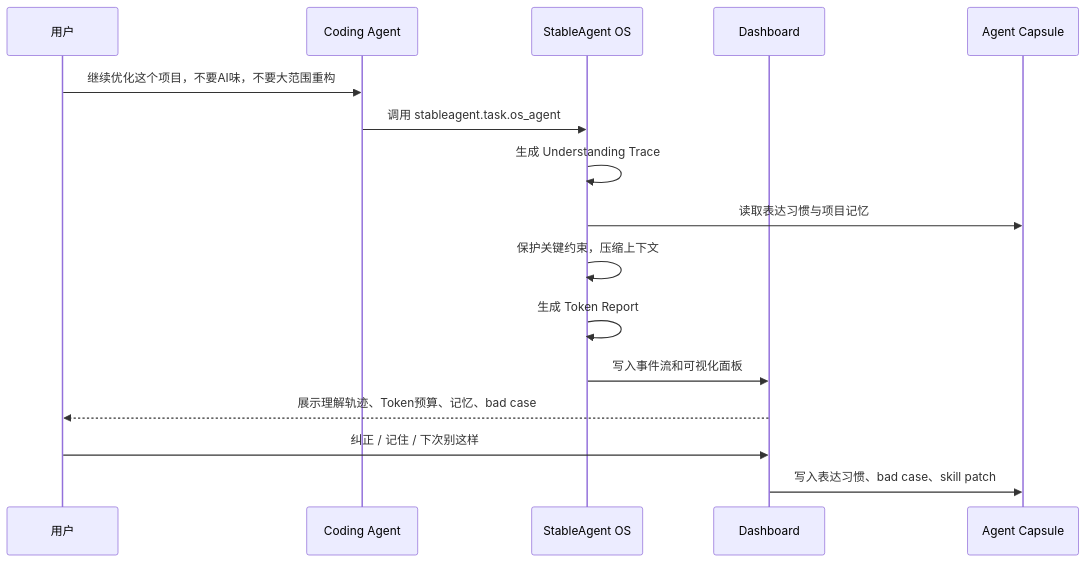
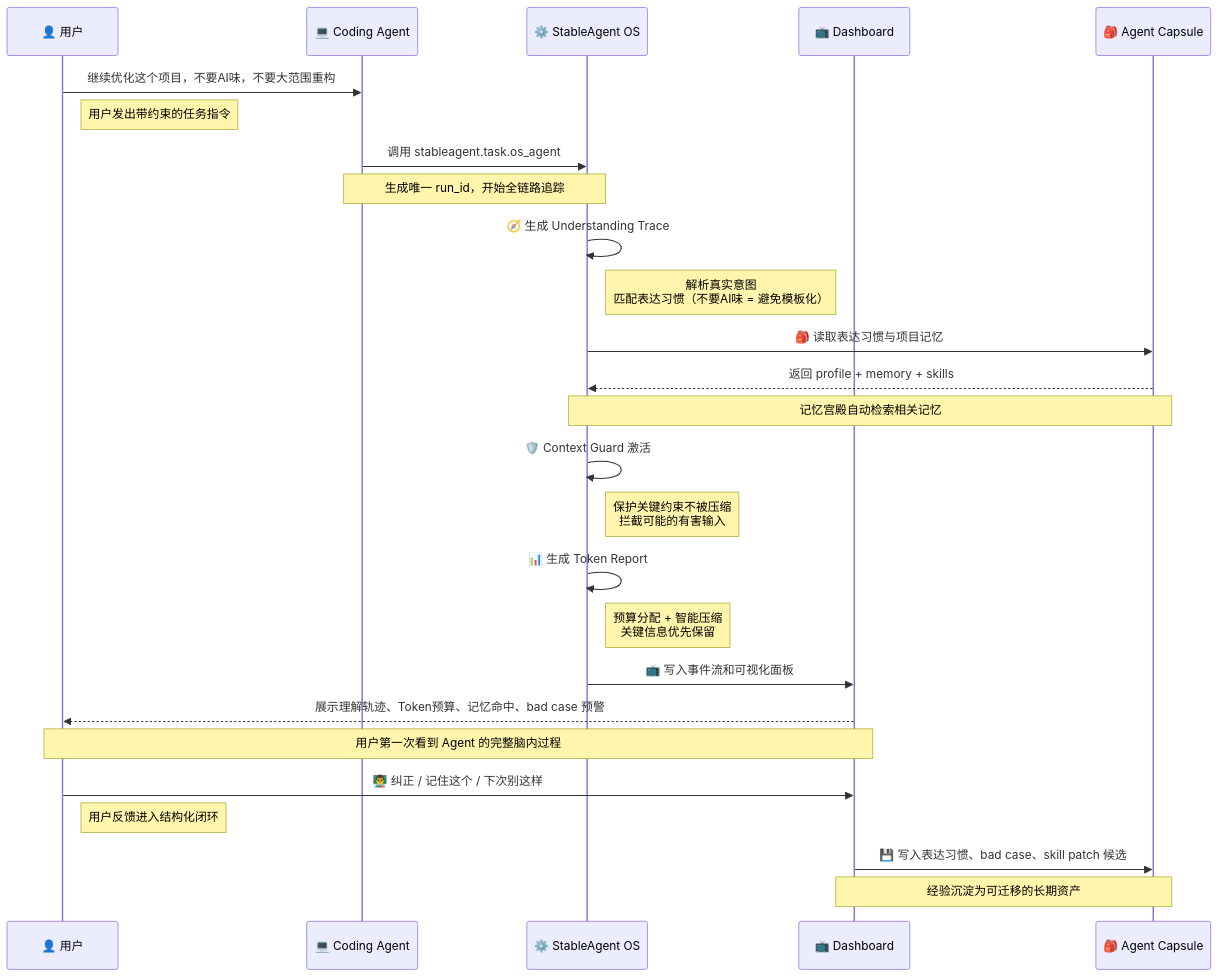
The fourth of 10 diagrams in README.md (liuanye9-lab/OS-Agent), drawn with Mermaid before and after one commit. The commit also changed other lines of this file and 15 other files, not shown here.

````diff
--- a/README.md
+++ b/README.md
@@ -235,19 +358,37 @@
 ```mermaid
 sequenceDiagram
-    participant U as 用户
-    participant C as Coding Agent
-    participant S as StableAgent OS
-    participant D as Dashboard
-    participant P as Agent Capsule
+    participant U as 👤 用户
+    participant C as 💻 Coding Agent
+    participant S as ⚙️ StableAgent OS
+    participant D as 📺 Dashboard
+    participant P as 🎒 Agent Capsule
 
     U->>C: 继续优化这个项目，不要AI味，不要大范围重构
+    Note right of U: 用户发出带约束的任务指令
+
     C->>S: 调用 stableagent.task.os_agent
-    S->>S: 生成 Understanding Trace
-    S->>P: 读取表达习惯与项目记忆
-    S->>S: 保护关键约束，压缩上下文
-    S->>S: 生成 Token Report
-    S->>D: 写入事件流和可视化面板
-    D-->>U: 展示理解轨迹、Token预算、记忆、bad case
-    U->>D: 纠正 / 记住 / 下次别这样
-    D->>P: 写入表达习惯、bad case、skill patch
+    Note over C,S: 生成唯一 run_id，开始全链路追踪
+
+    S->>S: 🧭 生成 Understanding Trace
+    Note right of S: 解析真实意图<br/>匹配表达习惯（不要AI味 = 避免模板化）
+
+    S->>P: 🎒 读取表达习惯与项目记忆
+    P-->>S: 返回 profile + memory + skills
+    Note over S,P: 记忆宫殿自动检索相关记忆
+
+    S->>S: 🛡️ Context Guard 激活
+    Note right of S: 保护关键约束不被压缩<br/>拦截可能的有害输入
+
+    S->>S: 📊 生成 Token Report
+    Note right of S: 预算分配 + 智能压缩<br/>关键信息优先保留
+
+    S->>D: 📺 写入事件流和可视化面板
+    D-->>U: 展示理解轨迹、Token预算、记忆命中、bad case 预警
+    Note over D,U: 用户第一次看到 Agent 的完整脑内过程
+
+    U->>D: 👨‍🏫 纠正 / 记住这个 / 下次别这样
+    Note right of U: 用户反馈进入结构化闭环
+
+    D->>P: 💾 写入表达习惯、bad case、skill patch 候选
+    Note over D,P: 经验沉淀为可迁移的长期资产
 ```
````
